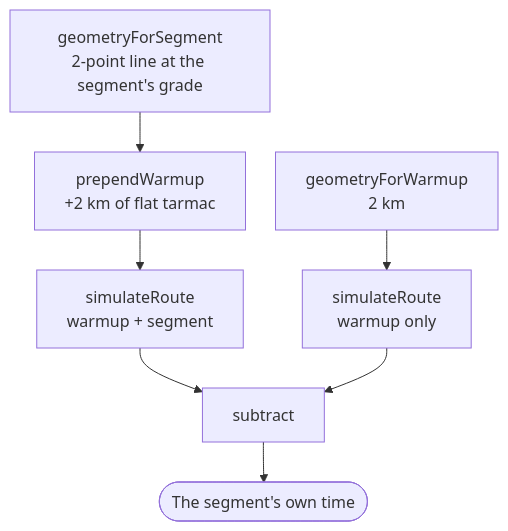
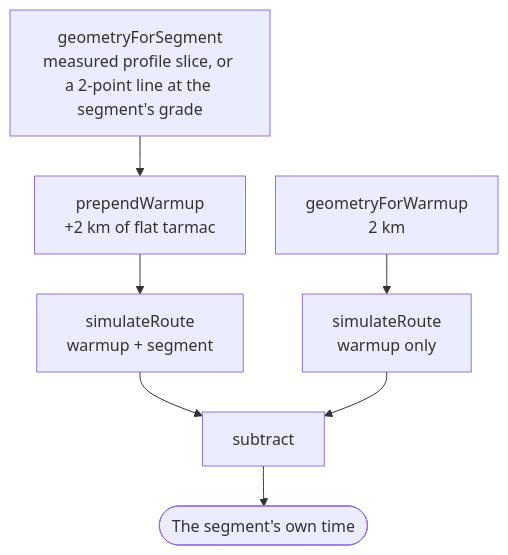
One commit to kjellrg/zwift-bikes changed the fifth of 5 diagrams in docs/physics-pipeline.md. Above: the diagram before and after it, drawn with Mermaid. The commit also changed 19 other files, not shown here.

First line of the commit message:
Segment pages: drop ?route=, add elevation profile + surface, simulate on measured grades (#144)

````diff
--- a/docs/physics-pipeline.md
+++ b/docs/physics-pipeline.md
@@ -324,15 +324,15 @@
 ```mermaid
 %%{ init: { "flowchart": { "nodeSpacing": 30, "rankSpacing": 40 } } }%%
 flowchart TD
-    G["geometryForSegment<br/>2-point line at the segment's grade"]
+    G["geometryForSegment<br/>measured profile slice, or a 2-point line at the segment's grade"]
     W["prependWarmup<br/>+2 km of flat tarmac"]
     S1["simulateRoute<br/>warmup + segment"]
     WO["geometryForWarmup<br/>2 km"]
     S2["simulateRoute<br/>warmup only"]
     SUB["subtract"]
     T(["The segment's own time"])
 
     G --> W --> S1 --> SUB
     WO --> S2 --> SUB
     SUB --> T
 ```
````
